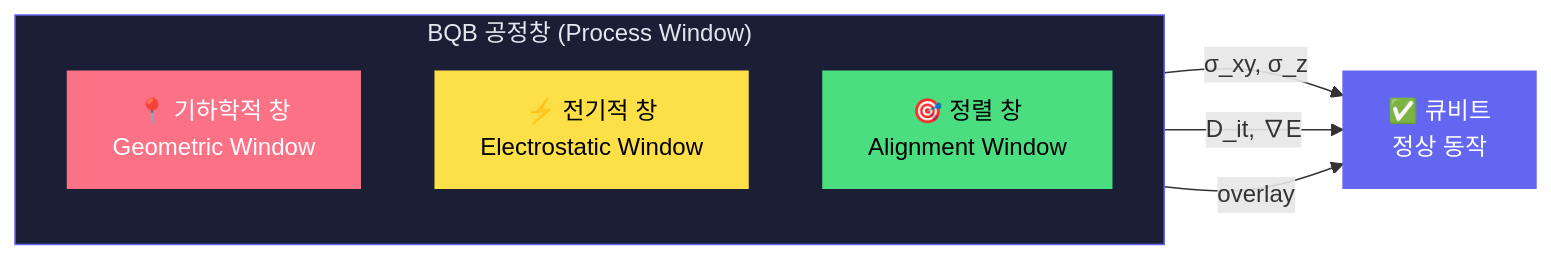
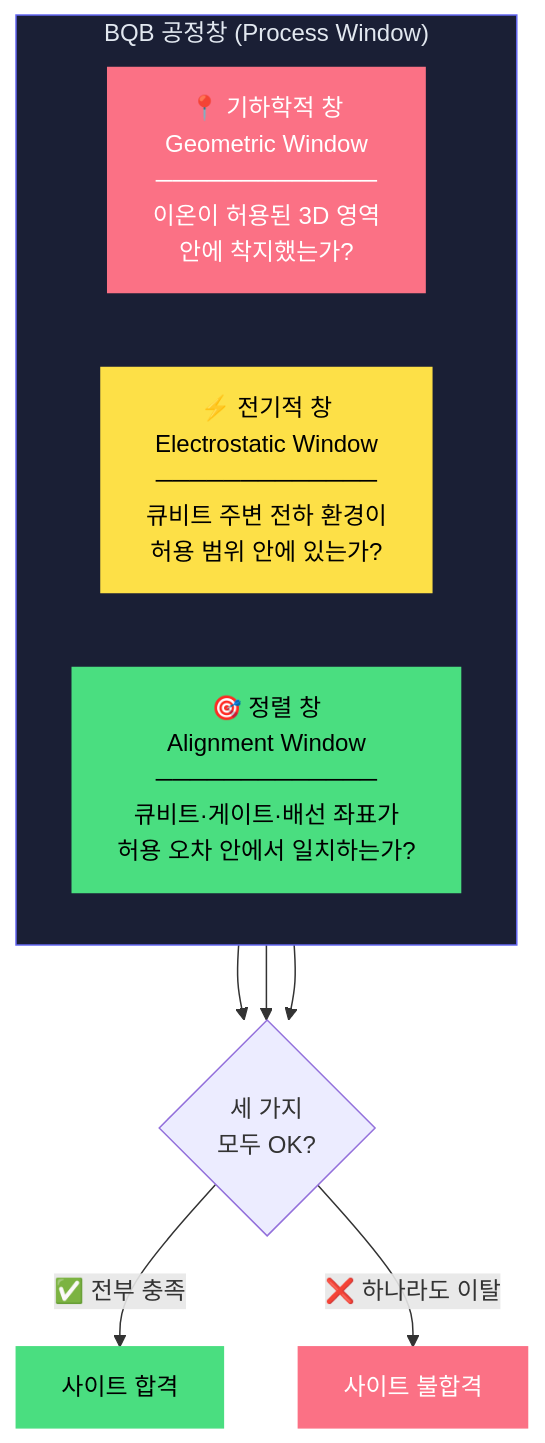
The fifth of 14 diagrams in Proficiency Levels/Intermediate Level/README.md (lee6147/Quantum_BQB), drawn with Mermaid before and after one commit. The commit also changed other lines of this file, not shown here.

````diff
--- a/Proficiency Levels/Intermediate Level/README.md
+++ b/Proficiency Levels/Intermediate Level/README.md
@@ -127,19 +316,22 @@
 ```mermaid
-graph LR
+graph TD
     subgraph PW["BQB 공정창 (Process Window)"]
-        direction TB
-        G["📍 기하학적 창<br/>Geometric Window"]
-        E["⚡ 전기적 창<br/>Electrostatic Window"]
-        A["🎯 정렬 창<br/>Alignment Window"]
+        direction LR
+        G["📍 기하학적 창<br/>Geometric Window<br/>─────────────<br/>이온이 허용된 3D 영역<br/>안에 착지했는가?"]
+        E["⚡ 전기적 창<br/>Electrostatic Window<br/>─────────────<br/>큐비트 주변 전하 환경이<br/>허용 범위 안에 있는가?"]
+        A["🎯 정렬 창<br/>Alignment Window<br/>─────────────<br/>큐비트·게이트·배선 좌표가<br/>허용 오차 안에서 일치하는가?"]
     end
 
-    G --> |"σ_xy, σ_z"| Q["✅ 큐비트<br/>정상 동작"]
-    E --> |"D_it, ∇E"| Q
-    A --> |"overlay"| Q
+    G --> AND{"세 가지<br/>모두 OK?"}
+    E --> AND
+    A --> AND
+    AND -->|"✅ 전부 충족"| PASS["사이트 합격"]
+    AND -->|"❌ 하나라도 이탈"| FAIL["사이트 불합격"]
 
     style G fill:#fb7185,stroke:#fb7185,color:#fff
     style E fill:#fde047,stroke:#fde047,color:#000
     style A fill:#4ade80,stroke:#4ade80,color:#000
-    style Q fill:#6366f1,stroke:#6366f1,color:#fff
+    style PASS fill:#4ade80,stroke:#4ade80,color:#000
+    style FAIL fill:#fb7185,stroke:#fb7185,color:#fff
     style PW fill:#1a1f35,stroke:#6366f1,color:#e2e8f0
 ```
````
